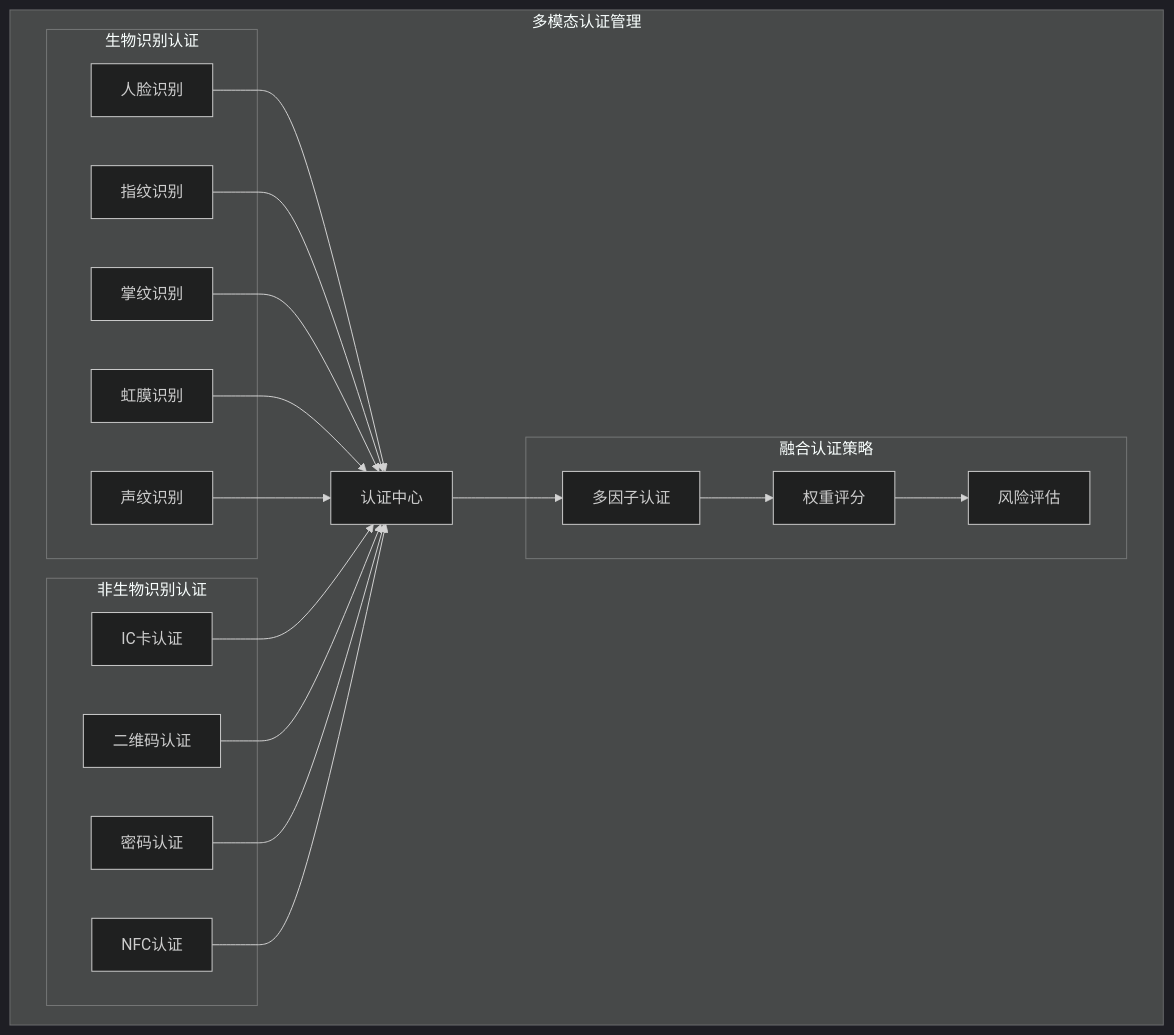
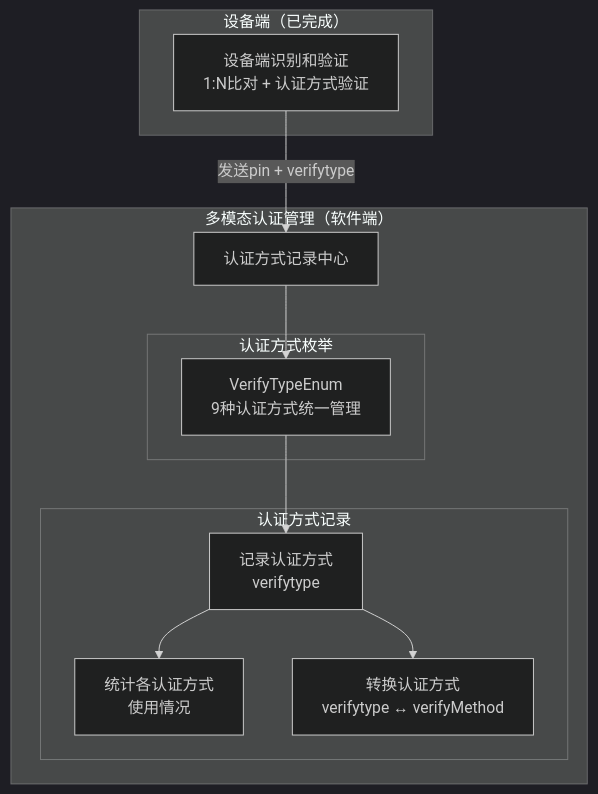
Before and after one commit to wilson323/IOE-DREAMfornew: the sixth of 10 diagrams in documentation/业务模块/03-门禁管理模块/00-门禁微服务总体设计文档.md, drawn with Mermaid (dark theme). The commit also changed other lines of this file and 20 other files, not shown here.

````diff
--- a/documentation/业务模块/03-门禁管理模块/00-门禁微服务总体设计文档.md
+++ b/documentation/业务模块/03-门禁管理模块/00-门禁微服务总体设计文档.md
@@ -276,42 +282,26 @@
 ```mermaid
 graph TB
-    subgraph "多模态认证管理"
-        AUTH_CENTER[认证中心]
-
-        subgraph "生物识别认证"
-            FACE[人脸识别]
-            FINGERPRINT[指纹识别]
-            PALM[掌纹识别]
-            IRIS[虹膜识别]
-            VOICE[声纹识别]
+    subgraph "多模态认证管理（软件端）"
+        AUTH_CENTER[认证方式记录中心]
+        
+        subgraph "认证方式枚举"
+            VERIFY_TYPE_ENUM[VerifyTypeEnum<br/>9种认证方式统一管理]
         end
-
-        subgraph "非生物识别认证"
-            CARD[IC卡认证]
-            QR_CODE[二维码认证]
-            PASSWORD[密码认证]
-            NFC[NFC认证]
-        end
-
-        subgraph "融合认证策略"
-            MULTI_FACTOR[多因子认证]
-            WEIGHT_SCORE[权重评分]
-            RISK_ASSESS[风险评估]
+        
+        subgraph "认证方式记录"
+            RECORD[记录认证方式<br/>verifytype]
+            STATISTICS[统计各认证方式<br/>使用情况]
+            CONVERT[转换认证方式<br/>verifytype ↔ verifyMethod]
         end
     end
-
-    FACE --> AUTH_CENTER
-    FINGERPRINT --> AUTH_CENTER
-    PALM --> AUTH_CENTER
-    IRIS --> AUTH_CENTER
-    VOICE --> AUTH_CENTER
-
-    CARD --> AUTH_CENTER
-    QR_CODE --> AUTH_CENTER
-    PASSWORD --> AUTH_CENTER
-    NFC --> AUTH_CENTER
-
-    AUTH_CENTER --> MULTI_FACTOR
-    MULTI_FACTOR --> WEIGHT_SCORE
-    WEIGHT_SCORE --> RISK_ASSESS
+    
+    subgraph "设备端（已完成）"
+        DEVICE_AUTH[设备端识别和验证<br/>1:N比对 + 认证方式验证]
+    end
+    
+    DEVICE_AUTH -->|发送pin + verifytype| AUTH_CENTER
+    AUTH_CENTER --> VERIFY_TYPE_ENUM
+    VERIFY_TYPE_ENUM --> RECORD
+    RECORD --> STATISTICS
+    RECORD --> CONVERT
 ```
````
